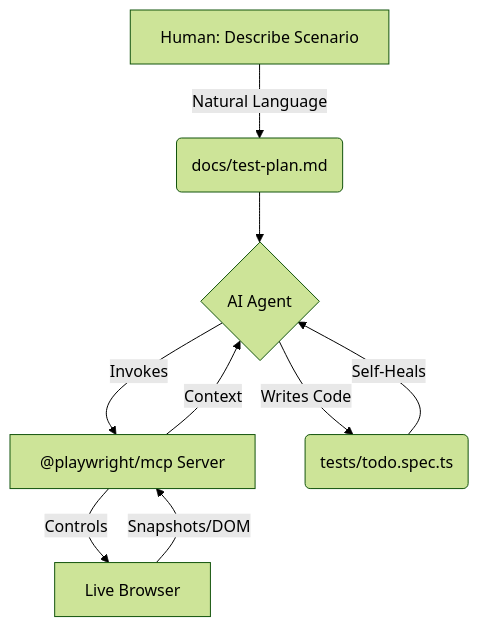
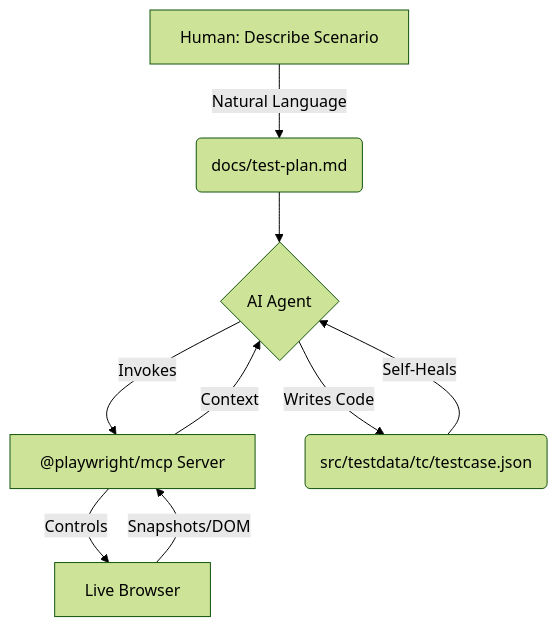
Before and after one commit to albertryanlamar/saucDemoPlaywright-MCP: the diagram in README.md, drawn with Mermaid (forest theme).

````diff
--- a/README.md
+++ b/README.md
@@ -35,11 +35,11 @@
 ```mermaid
 graph TD
     A[Human: Describe Scenario] -->|Natural Language| B(docs/test-plan.md)
     B --> C{AI Agent}
     C -->|Invokes| D["@playwright/mcp Server"]
     D -->|Controls| E[Live Browser]
     E -->|Snapshots/DOM| D
     D -->|Context| C
-    C -->|Writes Code| F(tests/todo.spec.ts)
+    C -->|Writes Code| F(src/testdata/tc/testcase.json)
     F -->|Self-Heals| C
 ```
````
